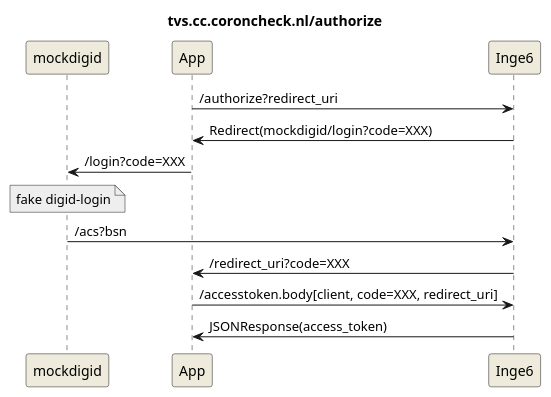
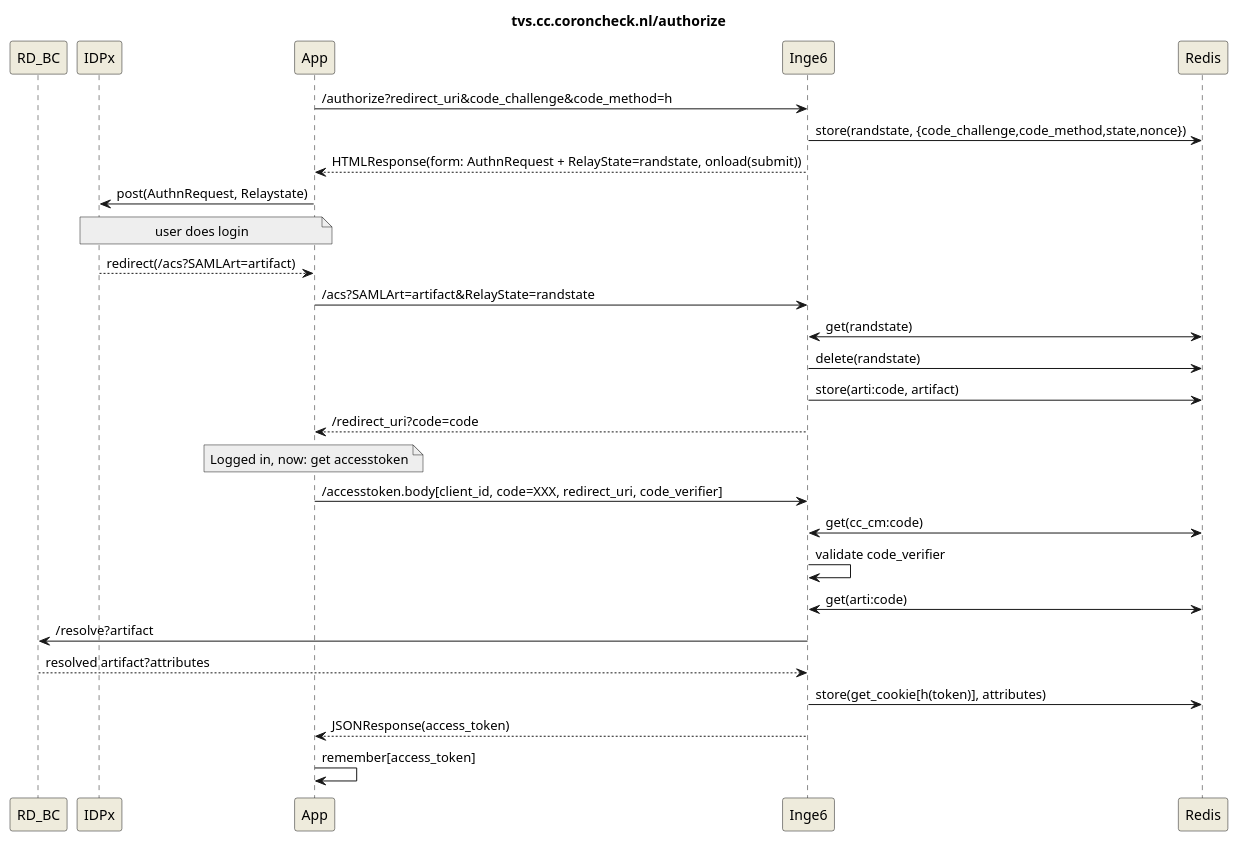
Before and after one commit to minvws/nl-rdo-max: the diagram in docs/tvs-oidc-puml.wsd, drawn with PlantUML. The commit also changed 35 other files, not shown here.

Commit message:
update openidc flow accounting for saml flow

```diff
--- a/docs/tvs-oidc-puml.wsd
+++ b/docs/tvs-oidc-puml.wsd
@@ -1,22 +1,40 @@
 @startuml
 title tvs.cc.coroncheck.nl/authorize
 
 skinparam backgroundColor white
 skinparam participantBackgroundColor #EEEBDC
 skinparam noteBackgroundColor #EEE
 
-participant mockdigid
+participant RD_BC
+participant IDPx
 participant App
 
-App->Inge6:/authorize?redirect_uri
-Inge6->App:Redirect(mockdigid/login?code=XXX)
+App->Inge6:/authorize?redirect_uri&code_challenge&code_method=h
+Inge6->Redis:store(randstate, {code_challenge,code_method,state,nonce})
+Inge6-->App:HTMLResponse(form: AuthnRequest + RelayState=randstate, onload(submit))
 
-App->mockdigid:/login?code=XXX
-note over mockdigid: fake digid-login
+App->IDPx:post(AuthnRequest, Relaystate)
+note over App, IDPx:user does login
+IDPx-->App:redirect(/acs?SAMLArt=artifact)
+App->Inge6:/acs?SAMLArt=artifact&RelayState=randstate
 
-mockdigid->Inge6:/acs?bsn
-Inge6->App:/redirect_uri?code=XXX
+Inge6<->Redis:get(randstate)
+Inge6->Redis:delete(randstate)
 
-App->Inge6:/accesstoken.body[client, code=XXX, redirect_uri]
-Inge6->App:JSONResponse(access_token)
+Inge6->Redis:store(arti:code, artifact)
+Inge6-->App:/redirect_uri?code=code
+
+note over App: Logged in, now: get accesstoken
+App->Inge6:/accesstoken.body[client_id, code=XXX, redirect_uri, code_verifier]
+Redis<->Inge6:get(cc_cm:code)
+Inge6->Inge6:validate code_verifier
+
+Redis<->Inge6:get(arti:code)
+Inge6->RD_BC:/resolve?artifact
+Inge6<--RD_BC:resolved artifact?attributes
+
+Inge6->Redis:store(get_cookie[h(token)], attributes)
+
+Inge6-->App:JSONResponse(access_token)
+App->App:remember[access_token]
 @enduml
```
